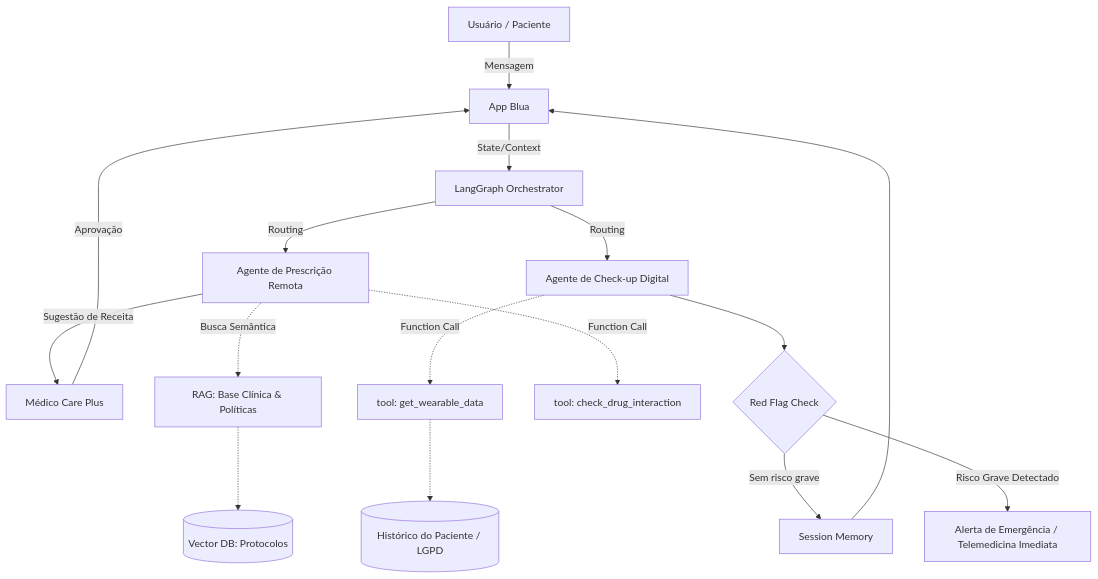
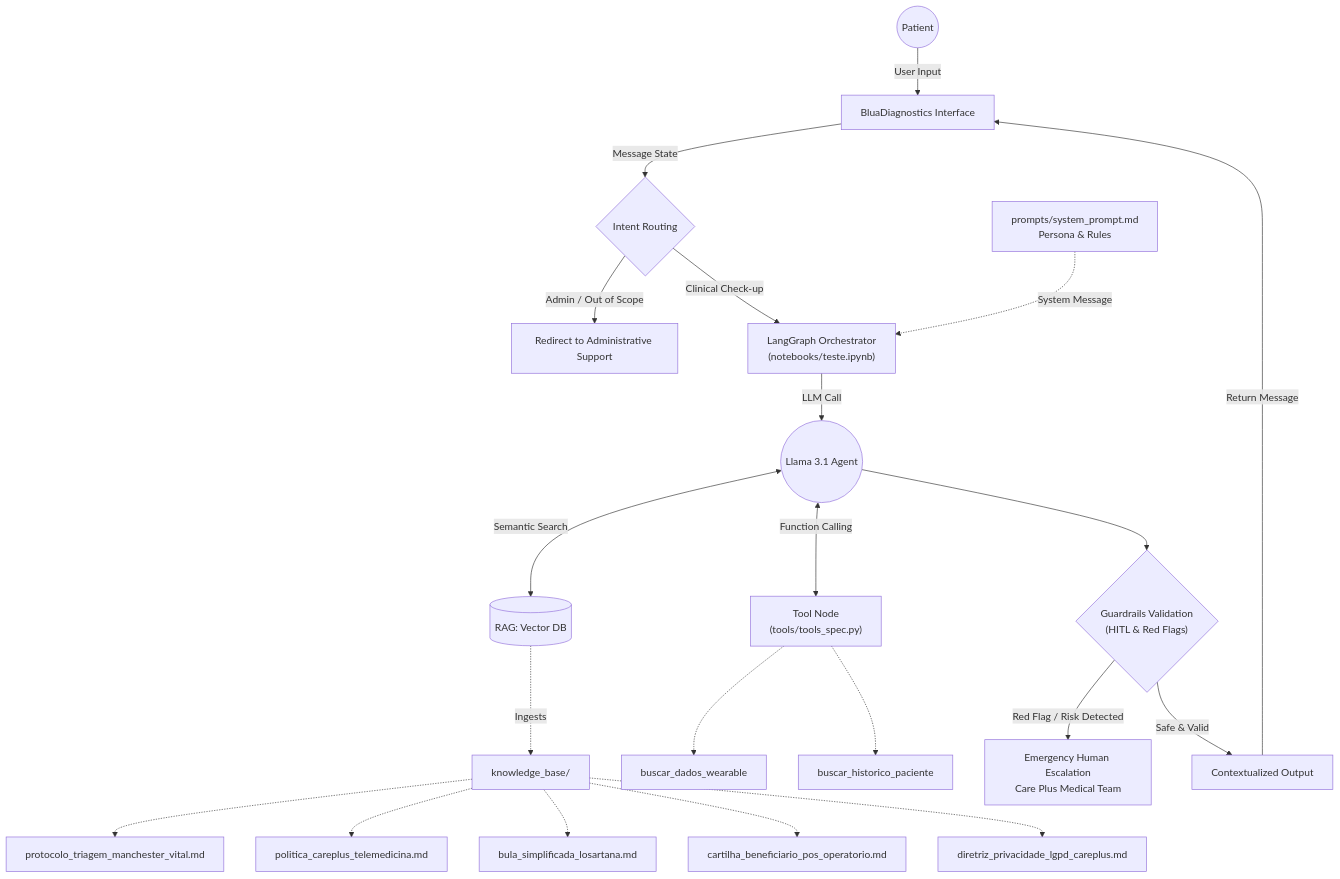
Before and after one commit to juiyya/BluaDiagnostics-Sprint4: the diagram in docs/arquitetura.md, drawn with Mermaid. The commit also changed 12 other files, not shown here.

````diff
--- a/docs/arquitetura.md
+++ b/docs/arquitetura.md
@@ -1,31 +1,36 @@
 ```mermaid
 flowchart TD
-    %% Entidades Externas
-    U[Usuário / Paciente] -->|Mensagem| App[App Blua]
-    M[Médico Care Plus] -->|Aprovação| App
+    %% 1. User Input
+    User((Patient)) -->|User Input| App[BluaDiagnostics Interface]
+    App -->|Message State| Router{Intent Routing}
+
+    %% 2. Intent Routing (Based on sprint1_eval_set.json & system_prompt.md)
+    Router -->|Admin / Out of Scope| Admin[Redirect to Administrative Support]
+    Router -->|Clinical Check-up| Orchestrator["LangGraph Orchestrator<br>(notebooks/teste.ipynb)"]
+
+    %% 3. LLM Call
+    SysPrompt["prompts/system_prompt.md<br>Persona & Rules"] -.->|System Message| Orchestrator
+    Orchestrator -->|LLM Call| LLM((Llama 3.1 Agent))
+
+    %% 4. RAG Consultation
+    LLM <-->|Semantic Search| RAG[(RAG: Vector DB)]
+    RAG -.->|Ingests| KB_Docs[knowledge_base/]
+    KB_Docs -.-> KB1[protocolo_triagem_manchester_vital.md]
+    KB_Docs -.-> KB2[politica_careplus_telemedicina.md]
+    KB_Docs -.-> KB3[bula_simplificada_losartana.md]
+    KB_Docs -.-> KB4[cartilha_beneficiario_pos_operatorio.md]
+    KB_Docs -.-> KB5[diretriz_privacidade_lgpd_careplus.md]
+
+    %% 5. Tools Invocation
+    LLM <-->|Function Calling| ToolNode["Tool Node<br>(tools/tools_spec.py)"]
+    ToolNode -.-> T1[buscar_dados_wearable]
+    ToolNode -.-> T2[buscar_historico_paciente]
+
+    %% 6. Guardrails Validation
+    LLM --> Guardrails{"Guardrails Validation<br>(HITL & Red Flags)"}
+    Guardrails -->|Red Flag / Risk Detected| Escalate["Emergency Human Escalation<br>Care Plus Medical Team"]
     
-    %% Core System
-    App -->|State/Context| LG[LangGraph Orchestrator]
-    
-    %% LangGraph Nodes
-    LG -->|Routing| Triagem[Agente de Check-up Digital]
-    LG -->|Routing| Copiloto[Agente de Prescrição Remota]
-    
-    %% Guardrails & Memória
-    Triagem --> Guardrails{Red Flag Check}
-    Guardrails -->|Sem risco grave| Mem[Session Memory]
-    Guardrails -->|Risco Grave Detectado| Escalonamento[Alerta de Emergência / Telemedicina Imediata]
-    
-    %% Tools & RAG
-    Triagem -.->|Function Call| Tool1[tool: get_wearable_data]
-    Copiloto -.->|Function Call| Tool2[tool: check_drug_interaction]
-    Copiloto -.->|Busca Semântica| RAG[RAG: Base Clínica & Políticas]
-    
-    %% Banco de Dados
-    Tool1 -.-> DB[(Histórico do Paciente / LGPD)]
-    RAG -.-> VectorDB[(Vector DB: Protocolos)]
-    
-    %% Fluxo de Retorno
-    Mem --> App
-    Copiloto -->|Sugestão de Receita| M
+    %% 7. Contextualized Output
+    Guardrails -->|Safe & Valid| Output[Contextualized Output]
+    Output -->|Return Message| App
 ```
````
